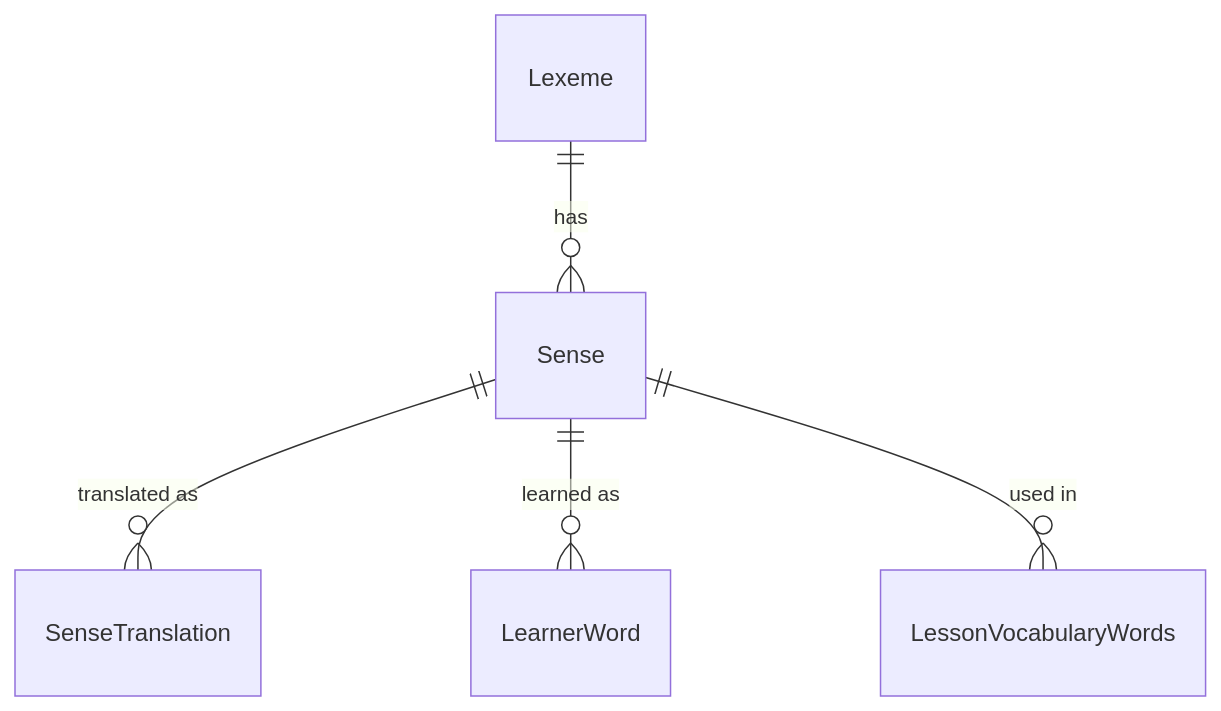
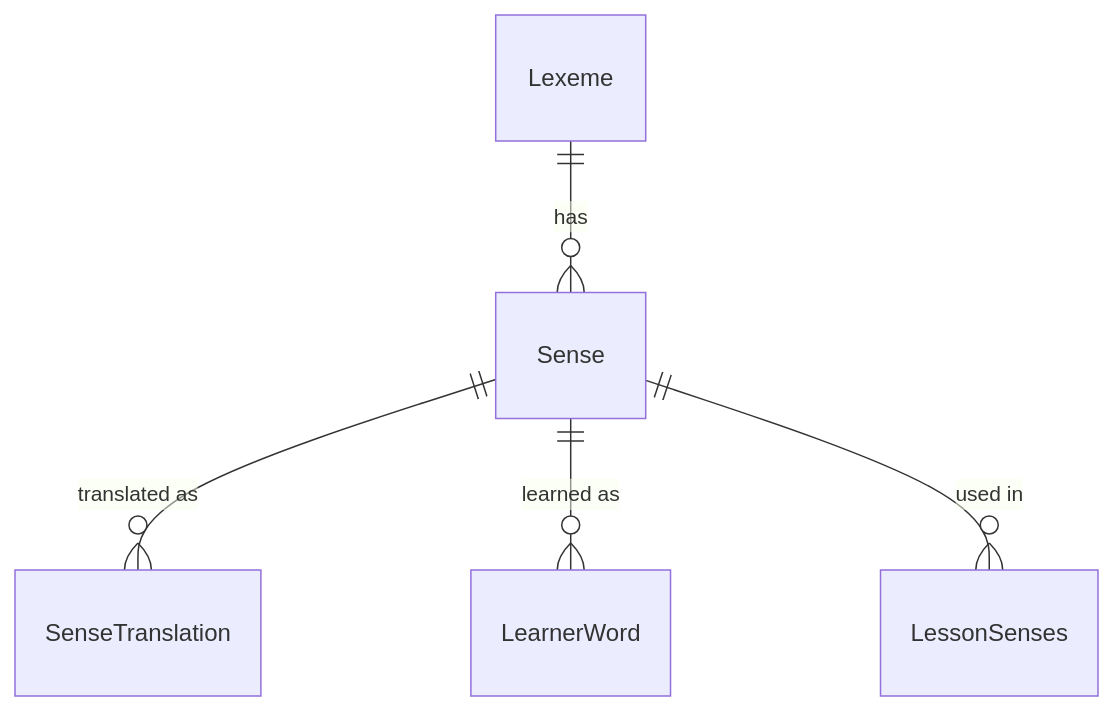
Before and after one commit to hunglu/WordBuddy: the diagram in docs/adr/0004-vocabulary-catalog-lexeme-sense.md, drawn with Mermaid. The commit also changed other lines of this file and 1 other file, not shown here.

First line of the commit message:
vocabulary-module: ADR 0004 lexeme key = spelling + part of speech

````diff
--- a/docs/adr/0004-vocabulary-catalog-lexeme-sense.md
+++ b/docs/adr/0004-vocabulary-catalog-lexeme-sense.md
@@ -23,7 +23,7 @@
 ```mermaid
 erDiagram
     Lexeme ||--o{ Sense : has
     Sense ||--o{ SenseTranslation : "translated as"
     Sense ||--o{ LearnerWord : "learned as"
-    Sense ||--o{ LessonVocabularyWords : "used in"
+    Sense ||--o{ LessonSenses : "used in"
 ```
````
